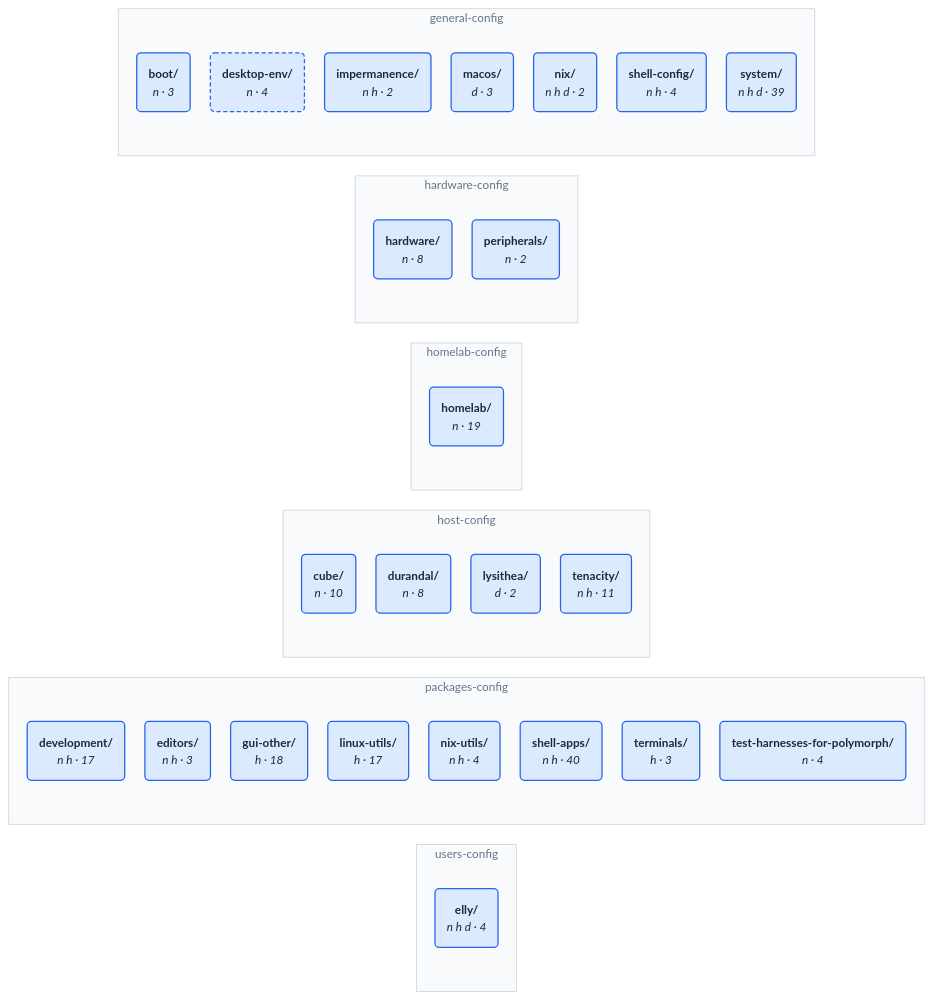
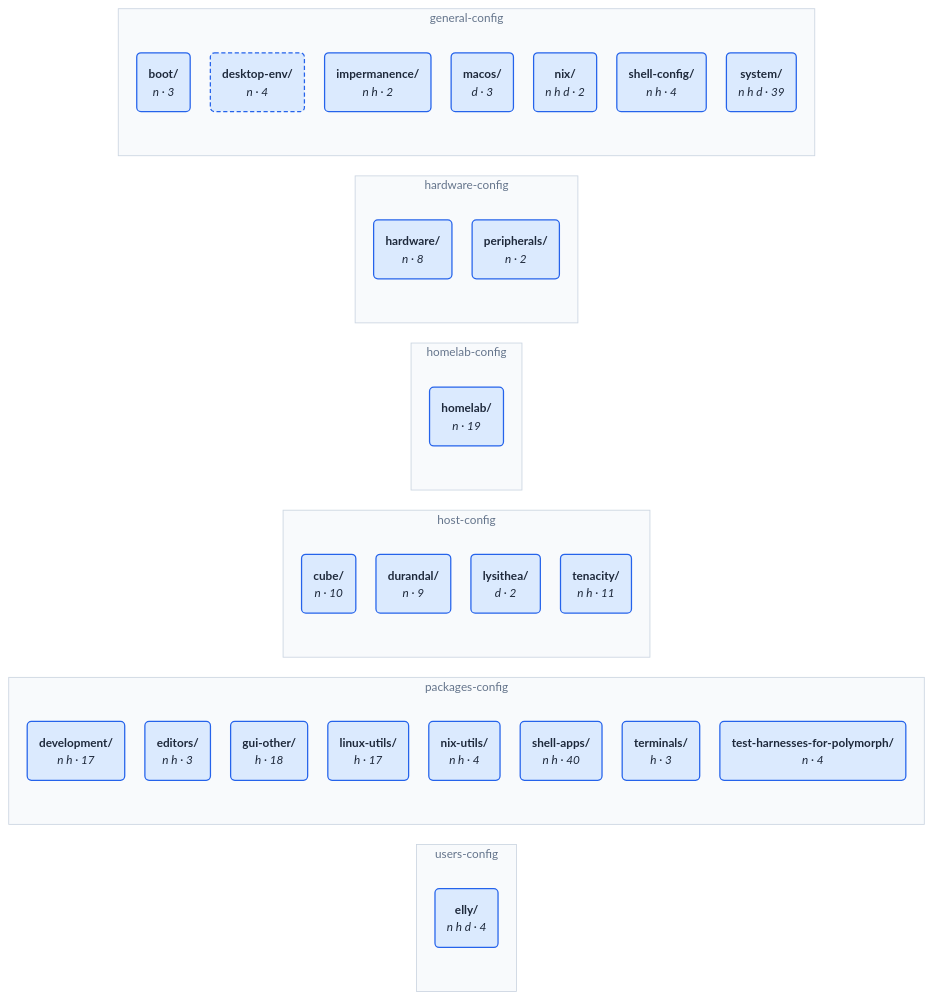
One commit to NireBryce/nixos-configs changed the diagram in wiki/config-structure/architecture.md. Above: the diagram before and after it, drawn with Mermaid. The commit also changed 2 other files, not shown here.

Commit message:
feat: Bitwarden's confirm dialog comes to front and takes focus on durandal
plasma-manager's HM module, scoped to durandal (tenacity keeps its own,
per plasma-tenacity.nix's import pattern), with one kwin window rule:
Bitwarden windows get focusstealing = None and accept focus, so the
SSH-agent confirm dialog lands in front instead of wherever the
Bitwarden window last sat -- the per-use confirmation only works if it
is seen.

Window-class regex covers both casings the ozone app_id has been seen
with; window-types includes normal because Electron may mark the
confirm dialog normal.

Verified: durandal toplevel evaluates; plasma-manager import matches
tenacity's working form (homeModules.plasma-manager). The rule's
on-screen effect needs the next switch and one live confirm to verify.

````diff
--- a/wiki/config-structure/architecture.md
+++ b/wiki/config-structure/architecture.md
@@ -98,55 +98,55 @@
 ```mermaid
 %%{init: {"theme": "base", "themeVariables": {"fontFamily": "ui-sans-serif, system-ui, sans-serif", "fontSize": "14px", "lineColor": "#94a3b8"}, "flowchart": {"curve": "basis", "nodeSpacing": 24, "rankSpacing": 80, "padding": 14}}}%%
 flowchart LR
     subgraph g0["users-config"]
         n28("<b>elly/</b><br/><i>n h d · 4</i>")
     end
     subgraph g1["packages-config"]
         n20("<b>development/</b><br/><i>n h · 17</i>")
         n21("<b>editors/</b><br/><i>n h · 3</i>")
         n22("<b>gui-other/</b><br/><i>h · 18</i>")
         n23("<b>linux-utils/</b><br/><i>h · 17</i>")
         n24("<b>nix-utils/</b><br/><i>n h · 4</i>")
         n25("<b>shell-apps/</b><br/><i>n h · 40</i>")
         n26("<b>terminals/</b><br/><i>h · 3</i>")
         n27("<b>test-harnesses-for-polymorph/</b><br/><i>n · 4</i>")
     end
     subgraph g2["host-config"]
         n16("<b>cube/</b><br/><i>n · 10</i>")
-        n17("<b>durandal/</b><br/><i>n · 8</i>")
+        n17("<b>durandal/</b><br/><i>n · 9</i>")
         n18("<b>lysithea/</b><br/><i>d · 2</i>")
         n19("<b>tenacity/</b><br/><i>n h · 11</i>")
     end
     subgraph g3["homelab-config"]
         n15("<b>homelab/</b><br/><i>n · 19</i>")
     end
     subgraph g4["hardware-config"]
         n13("<b>hardware/</b><br/><i>n · 8</i>")
         n14("<b>peripherals/</b><br/><i>n · 2</i>")
     end
     subgraph g5["general-config"]
         n6("<b>boot/</b><br/><i>n · 3</i>")
         n7("<b>desktop-env/</b><br/><i>n · 4</i>")
         n8("<b>impermanence/</b><br/><i>n h · 2</i>")
         n9("<b>macos/</b><br/><i>d · 3</i>")
         n10("<b>nix/</b><br/><i>n h d · 2</i>")
         n11("<b>shell-config/</b><br/><i>n h · 4</i>")
         n12("<b>system/</b><br/><i>n h d · 39</i>")
     end
     style g0 fill:#f8fafc,stroke:#cbd5e1,color:#64748b
     style g1 fill:#f8fafc,stroke:#cbd5e1,color:#64748b
     style g2 fill:#f8fafc,stroke:#cbd5e1,color:#64748b
     style g3 fill:#f8fafc,stroke:#cbd5e1,color:#64748b
     style g4 fill:#f8fafc,stroke:#cbd5e1,color:#64748b
     style g5 fill:#f8fafc,stroke:#cbd5e1,color:#64748b
     classDef area fill:#f8fafc,stroke:#cbd5e1,color:#1e293b,stroke-width:1.5px
     classDef category fill:#dbeafe,stroke:#2563eb,color:#1e293b,stroke-width:1.5px
     classDef folder fill:#f1f5f9,stroke:#94a3b8,color:#1e293b,stroke-width:1.5px
     classDef module fill:#ffffff,stroke:#94a3b8,color:#1e293b,stroke-width:1.5px
     classDef aggregate fill:#ffffff,stroke:#f59e0b,color:#1e293b,stroke-width:1.5px
     classDef missing fill:#fee2e2,stroke:#ef4444,color:#1e293b,stroke-width:1.5px
     classDef orphan fill:#fff1f2,stroke:#e11d48,color:#1e293b,stroke-width:2.5px
     classDef bymodule stroke-dasharray:5 3
     class n6,n7,n8,n9,n10,n11,n12,n13,n14,n15,n16,n17,n18,n19,n20,n21,n22,n23,n24,n25,n26,n27,n28 category
     class n7 bymodule
 ```
````
